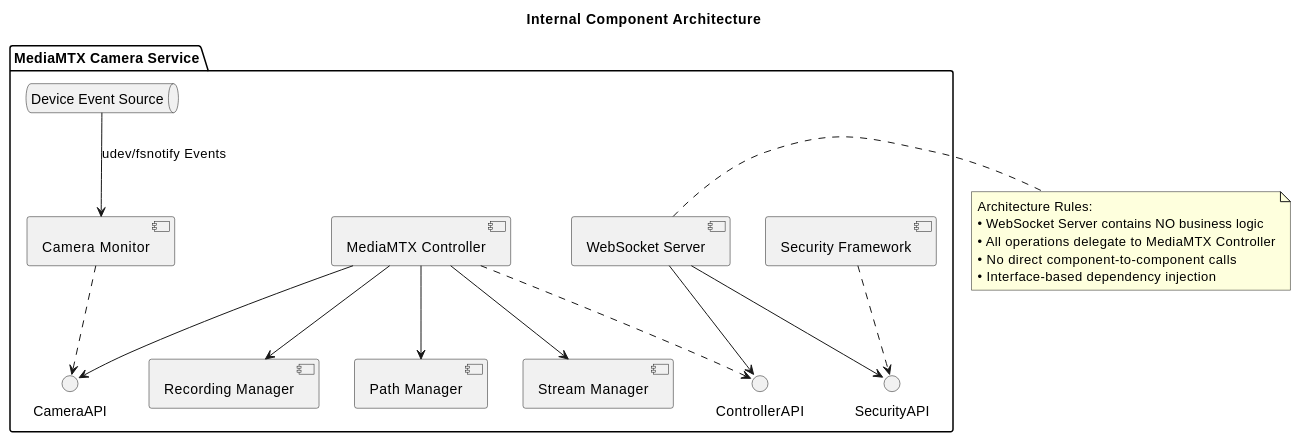
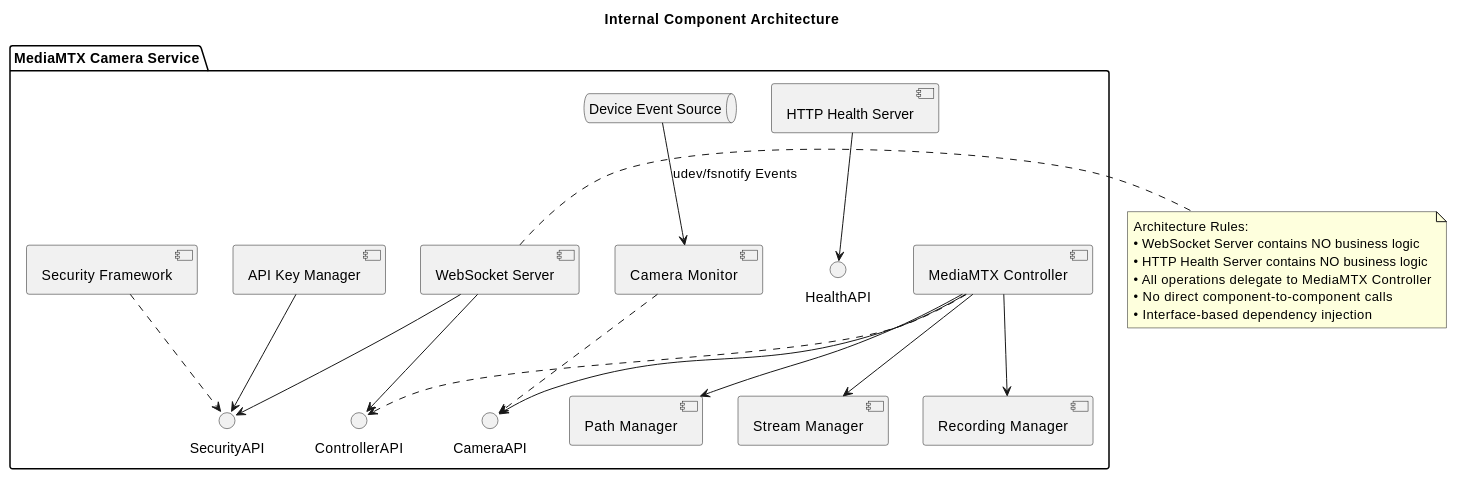
Before and after one commit to CarlosSprekelsen/CameraRecorder: the sixth of 32 diagrams in mediamtx-camera-service-go/docs/architecture/go-architecture-guide.md, drawn with PlantUML. The commit also changed other lines of this file and 76 other files, not shown here.

````diff
--- a/mediamtx-camera-service-go/docs/architecture/go-architecture-guide.md
+++ b/mediamtx-camera-service-go/docs/architecture/go-architecture-guide.md
@@ -282,40 +282,46 @@
 ```plantuml
 @startuml InternalComponents
 title Internal Component Architecture
 
 package "MediaMTX Camera Service" {
     component "WebSocket Server" as ws
+    component "HTTP Health Server" as http
     component "MediaMTX Controller" as controller
     component "Camera Monitor" as camera
     component "Security Framework" as security
+    component "API Key Manager" as keymgr
     queue "Device Event Source" as devsrc
     component "Path Manager" as pm
     component "Stream Manager" as sm
     component "Recording Manager" as rm
     
     interface "ControllerAPI" as ctrl_api
     interface "CameraAPI" as cam_api
     interface "SecurityAPI" as sec_api
+    interface "HealthAPI" as health_api
 }
 
 ws --> ctrl_api
+http --> health_api
 controller ..> ctrl_api
 controller --> cam_api
 camera ..> cam_api
 ws --> sec_api
 security ..> sec_api
+keymgr --> sec_api
 devsrc --> camera : udev/fsnotify Events
 controller --> pm
 controller --> sm
 controller --> rm
 
 note right of ws
   Architecture Rules:
   • WebSocket Server contains NO business logic
+  • HTTP Health Server contains NO business logic
   • All operations delegate to MediaMTX Controller
   • No direct component-to-component calls
   • Interface-based dependency injection
 end note
 
 @enduml
 ```
````
